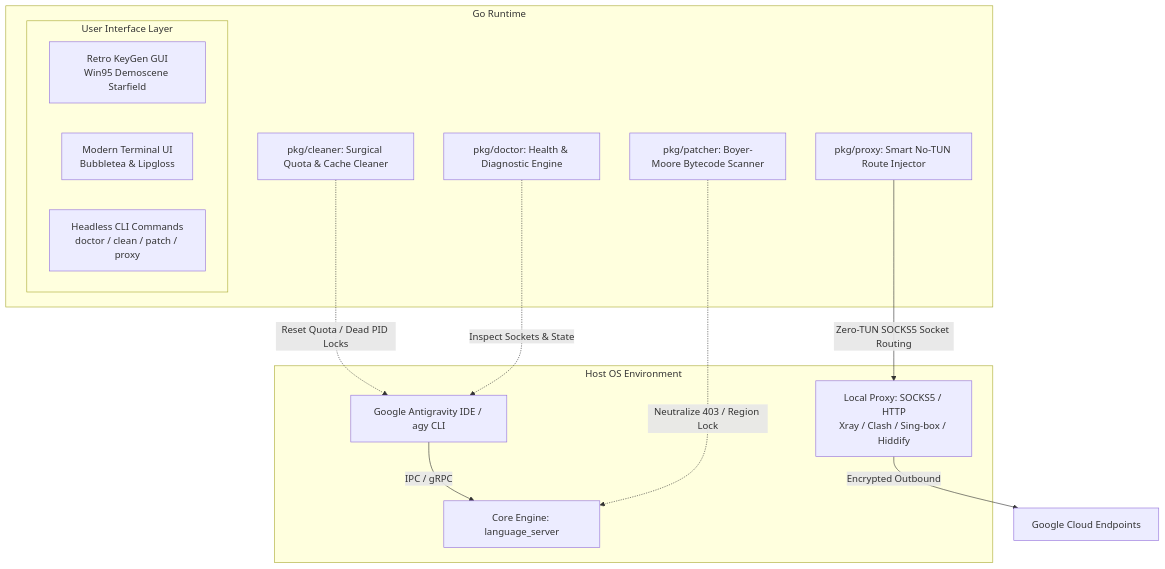
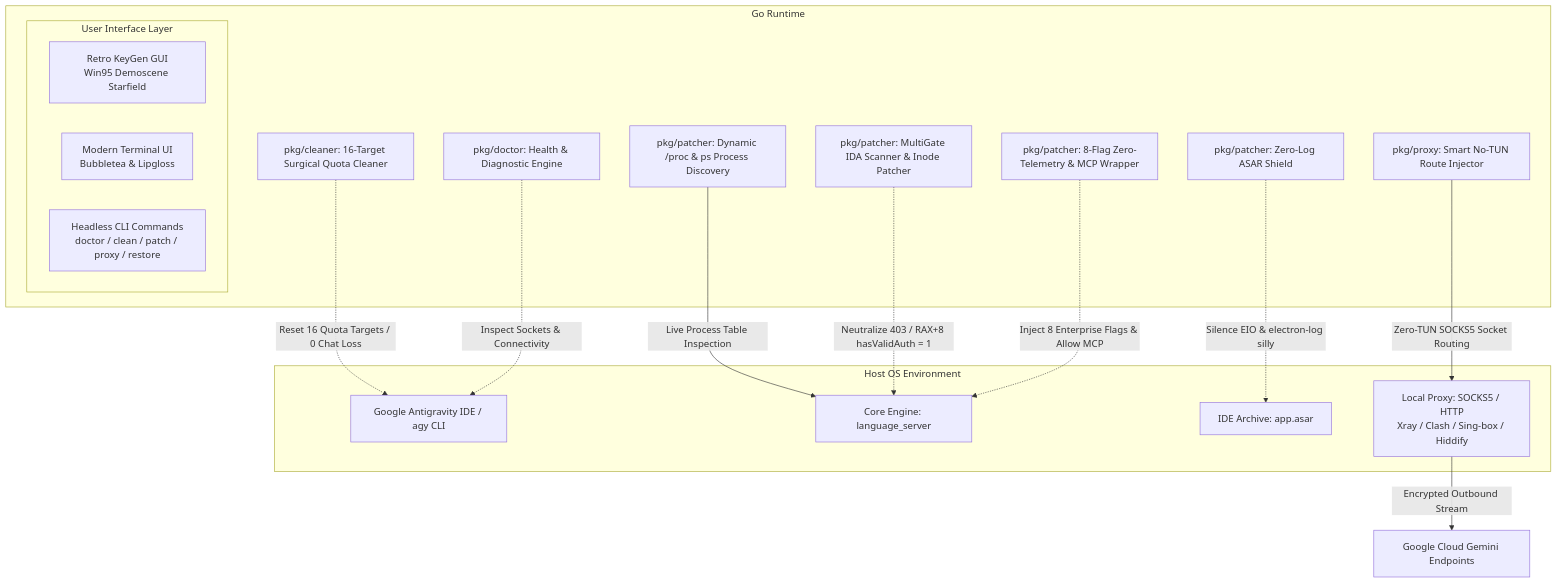
Before and after one commit to tawroot/antigravity-cleaner: the diagram in docs/ARCHITECTURE.md, drawn with Mermaid. The commit also changed other lines of this file and 11 other files, not shown here.

````diff
--- a/docs/ARCHITECTURE.md
+++ b/docs/ARCHITECTURE.md
@@ -10,28 +10,34 @@
 ```mermaid
 graph TD
     subgraph Host OS Environment
         IDE[Google Antigravity IDE / agy CLI]
         LS[Core Engine: language_server]
+        ASAR[IDE Archive: app.asar]
         LocalProxy[Local Proxy: SOCKS5 / HTTP<br>Xray / Clash / Sing-box / Hiddify]
     end
 
     subgraph Antigravity Cleaner Engine [Go Runtime]
         Doctor[pkg/doctor: Health & Diagnostic Engine]
-        Cleaner[pkg/cleaner: Surgical Quota & Cache Cleaner]
-        Patcher[pkg/patcher: Boyer-Moore Bytecode Scanner]
+        Cleaner[pkg/cleaner: 16-Target Surgical Quota Cleaner]
+        Patcher[pkg/patcher: MultiGate IDA Scanner & Inode Patcher]
+        AsarShield[pkg/patcher: Zero-Log ASAR Shield]
+        FlagsEngine[pkg/patcher: 8-Flag Zero-Telemetry & MCP Wrapper]
         ProxyInj[pkg/proxy: Smart No-TUN Route Injector]
+        Discovery[pkg/patcher: Dynamic /proc & ps Process Discovery]
         
         subgraph User Interface Layer
             GUI[Retro KeyGen GUI<br>Win95 Demoscene Starfield]
             TUI[Modern Terminal UI<br>Bubbletea & Lipgloss]
-            CLI[Headless CLI Commands<br>doctor / clean / patch / proxy]
+            CLI[Headless CLI Commands<br>doctor / clean / patch / proxy / restore]
         end
     end
 
-    IDE -->|IPC / gRPC| LS
-    Patcher -.->|Neutralize 403 / Region Lock| LS
-    Cleaner -.->|Reset Quota / Dead PID Locks| IDE
+    Discovery -->|Live Process Table Inspection| LS
+    Patcher -.->|Neutralize 403 / RAX+8 hasValidAuth = 1| LS
+    AsarShield -.->|Silence EIO & electron-log silly| ASAR
+    FlagsEngine -.->|Inject 8 Enterprise Flags & Allow MCP| LS
+    Cleaner -.->|Reset 16 Quota Targets / 0 Chat Loss| IDE
     ProxyInj -->|Zero-TUN SOCKS5 Socket Routing| LocalProxy
-    LocalProxy -->|Encrypted Outbound| GoogleCloud[Google Cloud Endpoints]
-    Doctor -.->|Inspect Sockets & State| IDE
+    LocalProxy -->|Encrypted Outbound Stream| GoogleCloud[Google Cloud Gemini Endpoints]
+    Doctor -.->|Inspect Sockets & Connectivity| IDE
 ```
````
